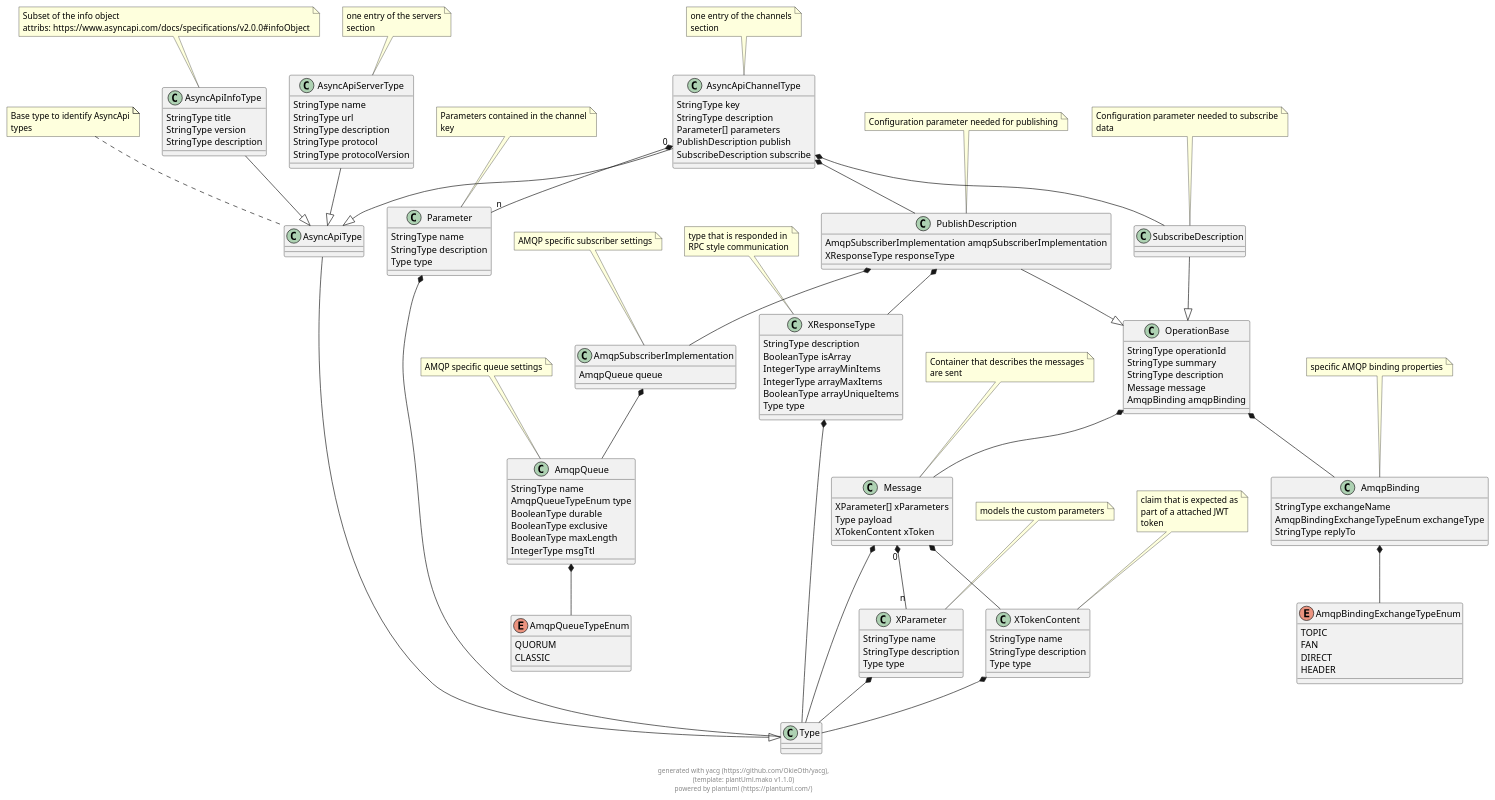
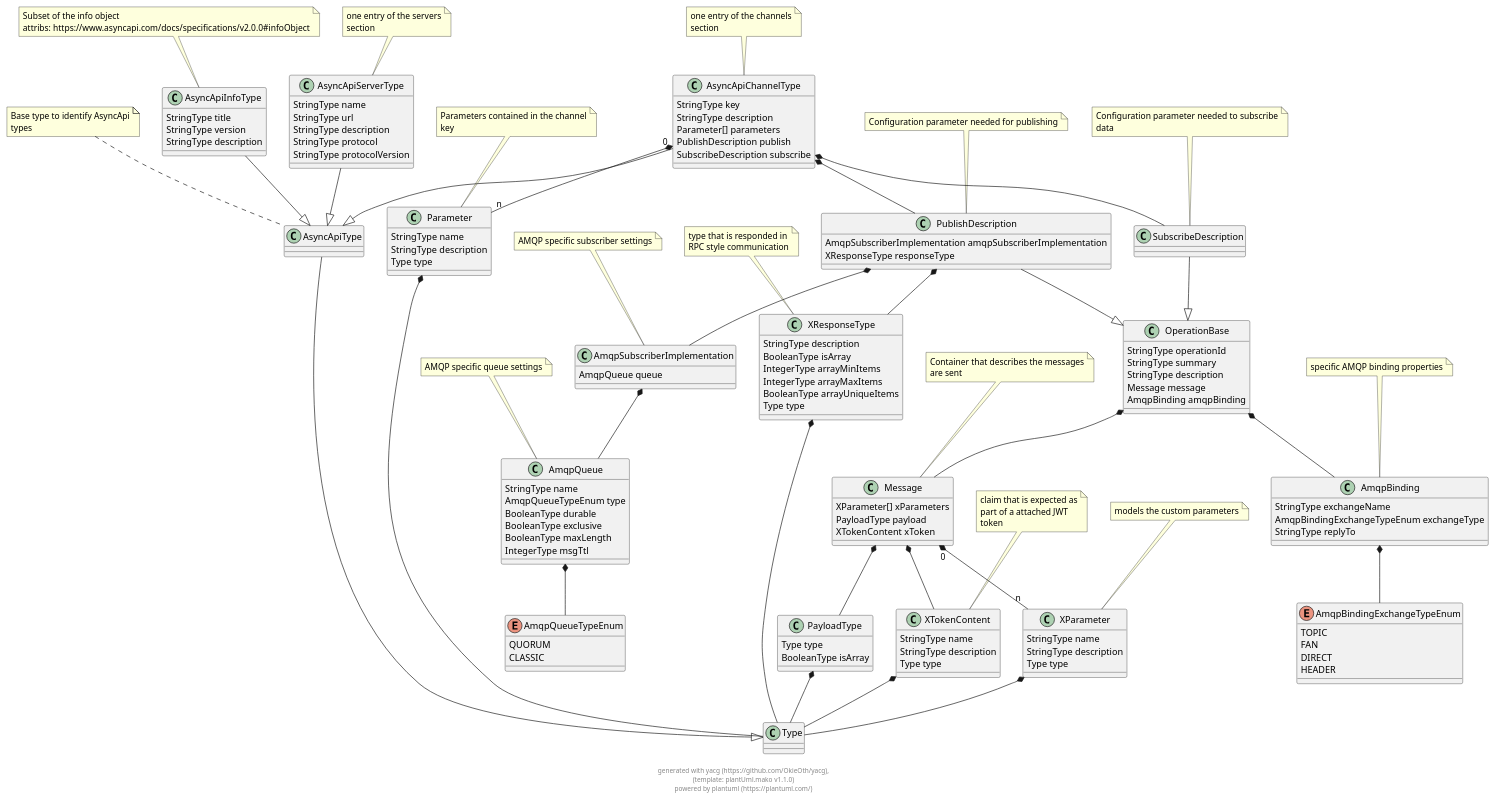
Before and after one commit to SpeedsterF2/yacg: the diagram in docs/puml/yacg_asyncapi.puml, drawn with PlantUML. The commit also changed 2 other files, not shown here.

```diff
--- a/docs/puml/yacg_asyncapi.puml
+++ b/docs/puml/yacg_asyncapi.puml
@@ -12,7 +12,7 @@
 
 class Message {
         XParameter[] xParameters 
-        Type payload 
+        PayloadType payload 
         XTokenContent xToken 
 }
 
@@ -110,6 +110,12 @@
 
 note top: models the custom parameters
 
+class PayloadType {
+        Type type 
+        BooleanType isArray 
+}
+
+
 class XTokenContent {
         StringType name 
         StringType description 
@@ -152,7 +158,7 @@
     
 Message "0" *-- "n" XParameter        
             
-Message  *--  Type        
+Message  *--  PayloadType        
             
 Message  *--  XTokenContent        
             
@@ -188,6 +194,9 @@
 XParameter  *--  Type        
             
     
+PayloadType  *--  Type        
+            
+    
 XTokenContent  *--  Type        
             
     
```
